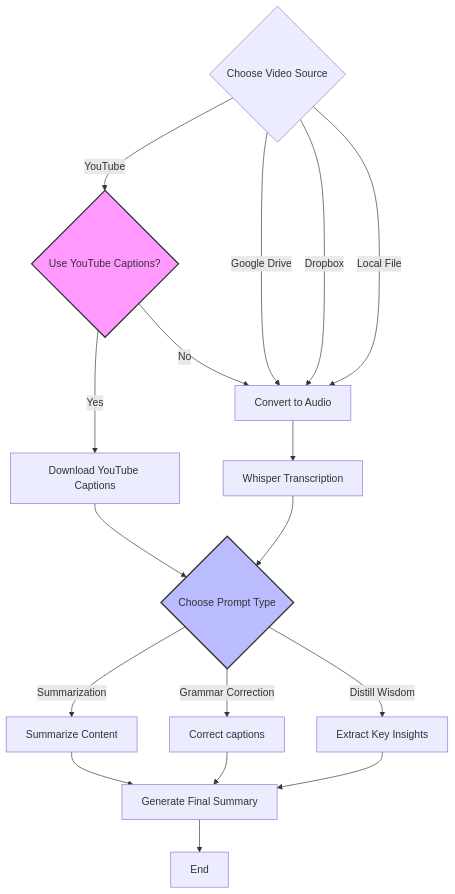
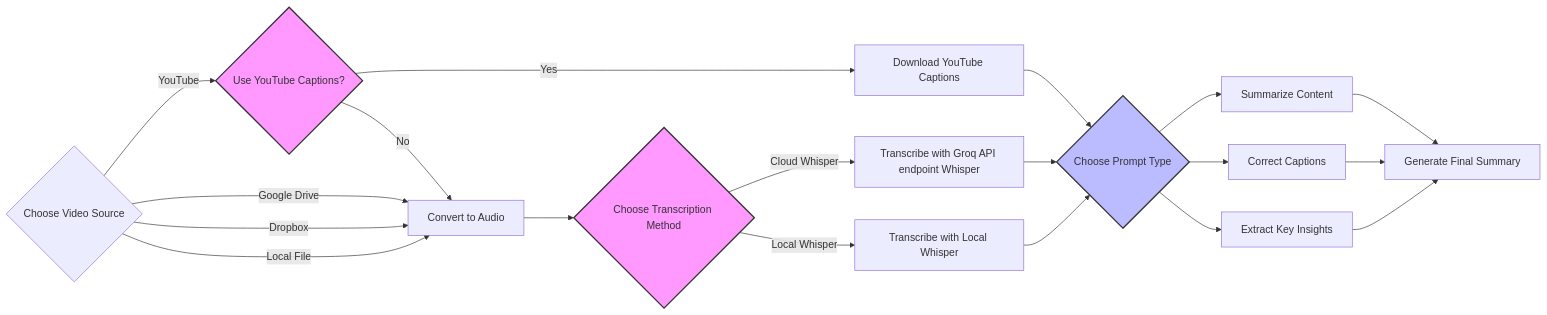
The diagram in README.md (martinopiaggi/summarize), drawn with Mermaid before and after one commit. The commit also changed other lines of this file, not shown here.

````diff
--- a/README.md
+++ b/README.md
@@ -37,23 +33,27 @@
 ```mermaid
-graph TD
+graph LR
     B{Choose Video Source}
     B -->|YouTube| C{Use YouTube Captions?}
     B -->|Google Drive| D[Convert to Audio]
     B -->|Dropbox| D
     B -->|Local File| D
     C -->|Yes| E[Download YouTube Captions]
     C -->|No| D
-    D --> F[Whisper Transcription]
-    E --> G{Choose Prompt Type}
-    F --> G
-    G -->|Summarization| H[Summarize Content]
-    G -->|Grammar Correction| I[Correct captions]
-    G -->|Distill Wisdom| J[Extract Key Insights]
-    H --> K[Generate Final Summary]
-    I --> K
-    J --> K
-    K --> L[End]
+    E --> J{Choose Prompt Type}
+    D --> G{Choose Transcription Method}
+    G -->|Cloud Whisper| H[Transcribe with Groq API endpoint Whisper]
+    G -->|Local Whisper| I[Transcribe with Local Whisper]
+    H --> J{Choose Prompt Type}
+    I --> J{Choose Prompt Type}
+    J --> K[Summarize Content]
+    J --> L[Correct Captions]
+    J --> M[Extract Key Insights]
+    K --> O[Generate Final Summary]
+    L --> O
+    M --> O
 
+    %% Highlight important decision points
     style C fill:#f9f,stroke:#333,stroke-width:2px
-    style G fill:#bbf,stroke:#333,stroke-width:2px
+    style G fill:#f9f,stroke:#333,stroke-width:2px
+    style J fill:#bbf,stroke:#333,stroke-width:2px
 ```
````
